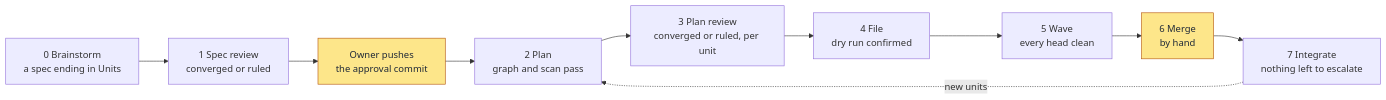
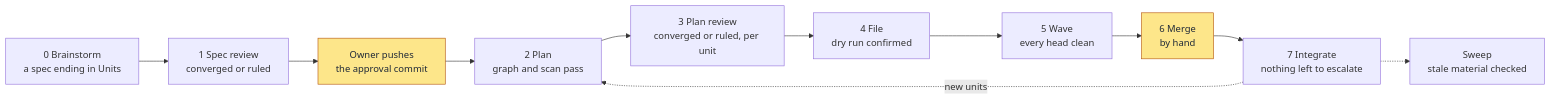
Before and after one commit to gsVAM/SuperEGM: the second of 7 diagrams in README.md, drawn with Mermaid. The commit also changed other lines of this file, not shown here.

````diff
--- a/README.md
+++ b/README.md
@@ -110,14 +139,15 @@
 ```mermaid
 flowchart LR
   P0["0 Brainstorm<br/>a spec ending in Units"] --> P1["1 Spec review<br/>converged or ruled"]
   P1 --> H1["Owner pushes<br/>the approval commit"]
   H1 --> P2["2 Plan<br/>graph and scan pass"]
   P2 --> P3["3 Plan review<br/>converged or ruled, per unit"]
   P3 --> P4["4 File<br/>dry run confirmed"]
   P4 --> P5["5 Wave<br/>every head clean"]
   P5 --> H2["6 Merge<br/>by hand"]
   H2 --> P7["7 Integrate<br/>nothing left to escalate"]
   P7 -.->|new units| P2
+  P7 -.-> SW["Sweep<br/>stale material checked"]
   classDef human fill:#fde68a,stroke:#b45309,color:#1f2937
   class H1,H2 human
 ```
````
